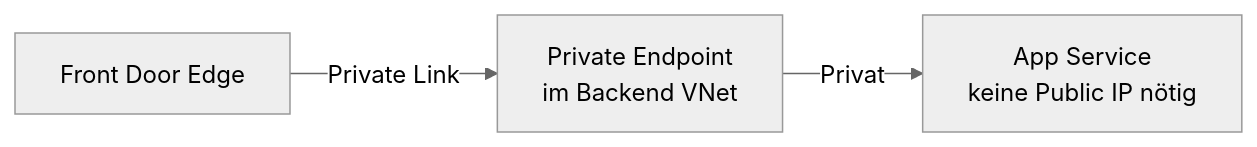
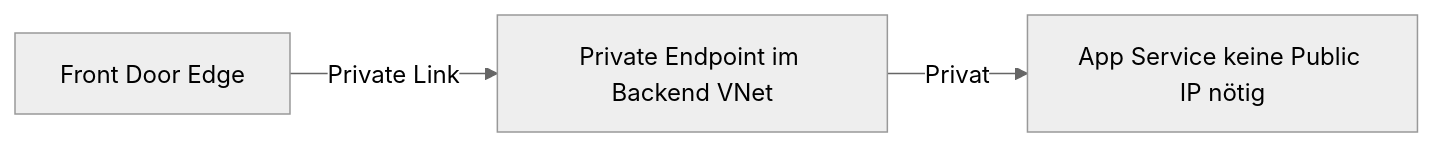
Before and after one commit to SoniiiT/notes-n-docs: the sixth of 6 diagrams in Microsoft 365/Azure/Netzwerk/Azure Front Door.md, drawn with Mermaid (neutral theme). The commit also changed other lines of this file and 124 other files, not shown here.

First line of the commit message:
fix: Entferne \n aus allen Mermaid-Diagrammen (125 Dateien)

````diff
--- a/Microsoft 365/Azure/Netzwerk/Azure Front Door.md
+++ b/Microsoft 365/Azure/Netzwerk/Azure Front Door.md
@@ -246,5 +246,5 @@
 ```mermaid
 graph LR
-    EDGE[Front Door Edge] -->|Private Link| PE[Private Endpoint\nim Backend VNet]
-    PE -->|Privat| APP[App Service\nkeine Public IP nötig]
+    EDGE[Front Door Edge] -->|Private Link| PE[Private Endpoint im Backend VNet]
+    PE -->|Privat| APP[App Service keine Public IP nötig]
 ```
````
